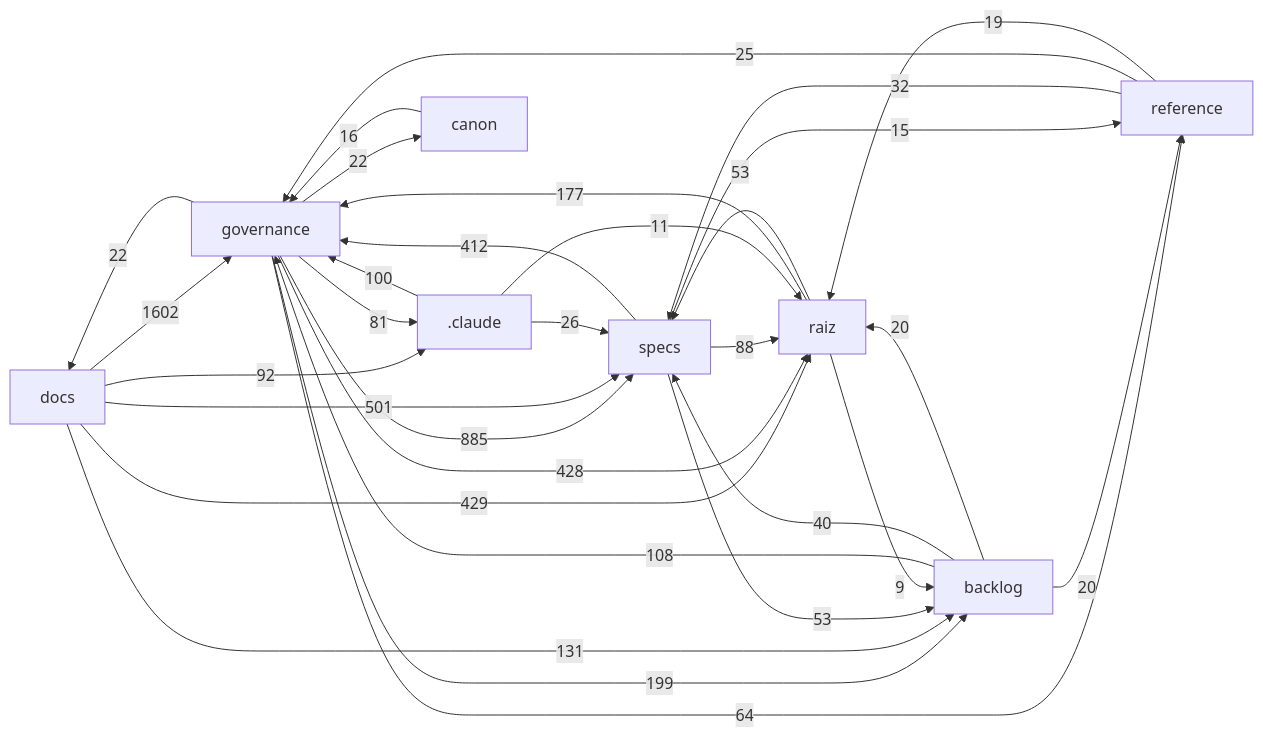
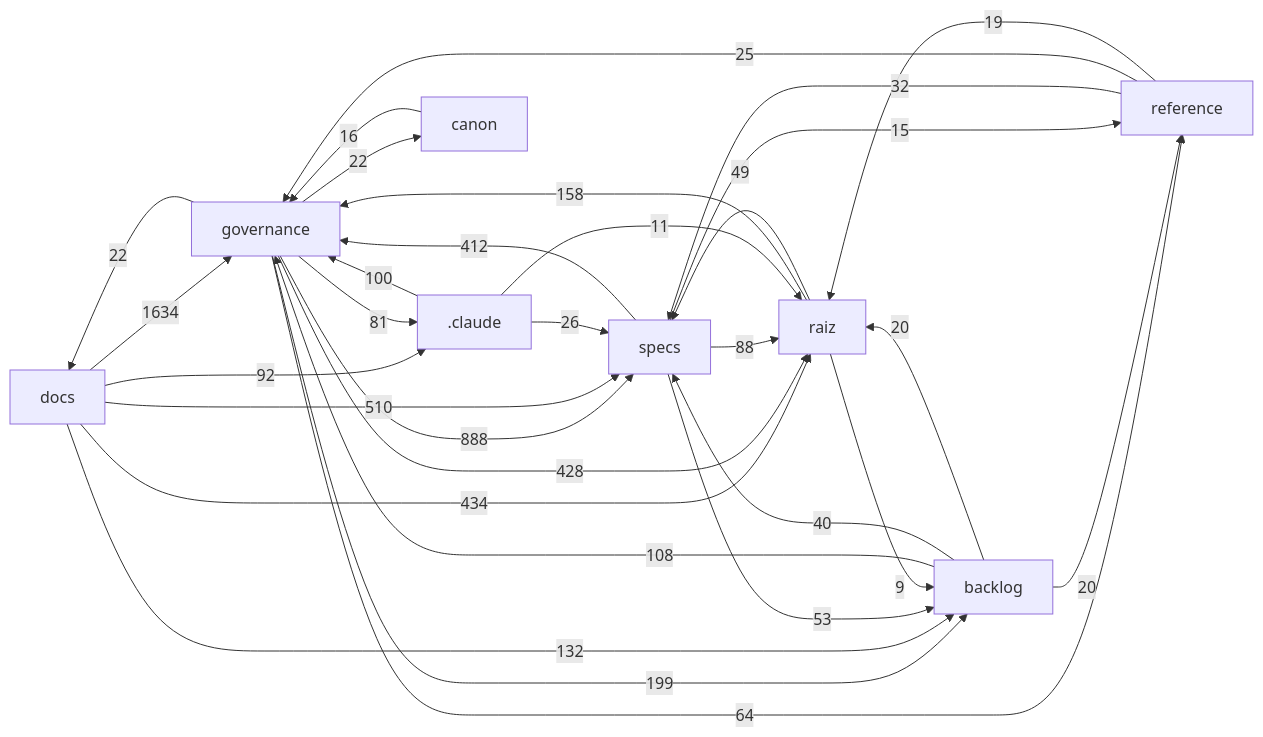
One commit to Andraus35/Sistema-Operacional-de-Trading--SOT changed the diagram in docs/mapa/MAPA-PROJETO.md. Above: the diagram before and after it, drawn with Mermaid. The commit also changed other lines of this file and 6 other files, not shown here.

````diff
--- a/docs/mapa/MAPA-PROJETO.md
+++ b/docs/mapa/MAPA-PROJETO.md
@@ -29,33 +29,33 @@
 ```mermaid
 flowchart LR
-  docs["docs"] -->|1602| governance["governance"]
-  governance["governance"] -->|885| specs["specs"]
-  docs["docs"] -->|501| specs["specs"]
-  docs["docs"] -->|429| raiz["raiz"]
+  docs["docs"] -->|1634| governance["governance"]
+  governance["governance"] -->|888| specs["specs"]
+  docs["docs"] -->|510| specs["specs"]
+  docs["docs"] -->|434| raiz["raiz"]
   governance["governance"] -->|428| raiz["raiz"]
   specs["specs"] -->|412| governance["governance"]
   governance["governance"] -->|199| backlog["backlog"]
-  raiz["raiz"] -->|177| governance["governance"]
-  docs["docs"] -->|131| backlog["backlog"]
+  raiz["raiz"] -->|158| governance["governance"]
+  docs["docs"] -->|132| backlog["backlog"]
   backlog["backlog"] -->|108| governance["governance"]
   _claude[".claude"] -->|100| governance["governance"]
   docs["docs"] -->|92| _claude[".claude"]
   specs["specs"] -->|88| raiz["raiz"]
   governance["governance"] -->|81| _claude[".claude"]
   governance["governance"] -->|64| reference["reference"]
-  raiz["raiz"] -->|53| specs["specs"]
   specs["specs"] -->|53| backlog["backlog"]
+  raiz["raiz"] -->|49| specs["specs"]
   backlog["backlog"] -->|40| specs["specs"]
   reference["reference"] -->|32| specs["specs"]
   _claude[".claude"] -->|26| specs["specs"]
   reference["reference"] -->|25| governance["governance"]
   governance["governance"] -->|22| docs["docs"]
   governance["governance"] -->|22| canon["canon"]
   backlog["backlog"] -->|20| raiz["raiz"]
   backlog["backlog"] -->|20| reference["reference"]
   reference["reference"] -->|19| raiz["raiz"]
   canon["canon"] -->|16| governance["governance"]
   specs["specs"] -->|15| reference["reference"]
   _claude[".claude"] -->|11| raiz["raiz"]
   raiz["raiz"] -->|9| backlog["backlog"]
 ```
````
